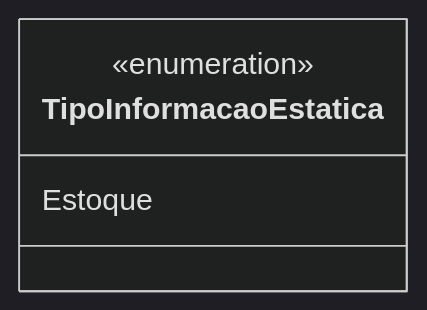
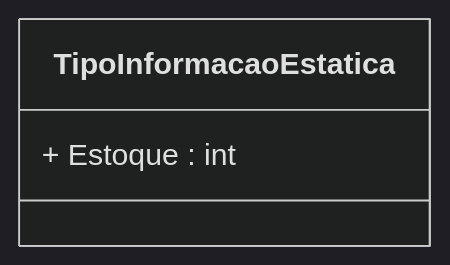
The diagram in docs/b2b-dominio/IsthmusWinthor.Nucleo/IsthmusWinthor.Dominio/Enumeradores/TipoInformacaoEstatica.md (IsthmusSistemas/documentacao-tecnica), drawn with Mermaid (dark theme) before and after one commit. The commit also changed other lines of this file and 882 other files, not shown here.

````diff
--- a/docs/b2b-dominio/IsthmusWinthor.Nucleo/IsthmusWinthor.Dominio/Enumeradores/TipoInformacaoEstatica.md
+++ b/docs/b2b-dominio/IsthmusWinthor.Nucleo/IsthmusWinthor.Dominio/Enumeradores/TipoInformacaoEstatica.md
@@ -11,7 +11,6 @@
 ```mermaid
 classDiagram
     class TipoInformacaoEstatica {
-        <<enumeration>>
-        Estoque
+        + Estoque : int
     }
 ```
````
